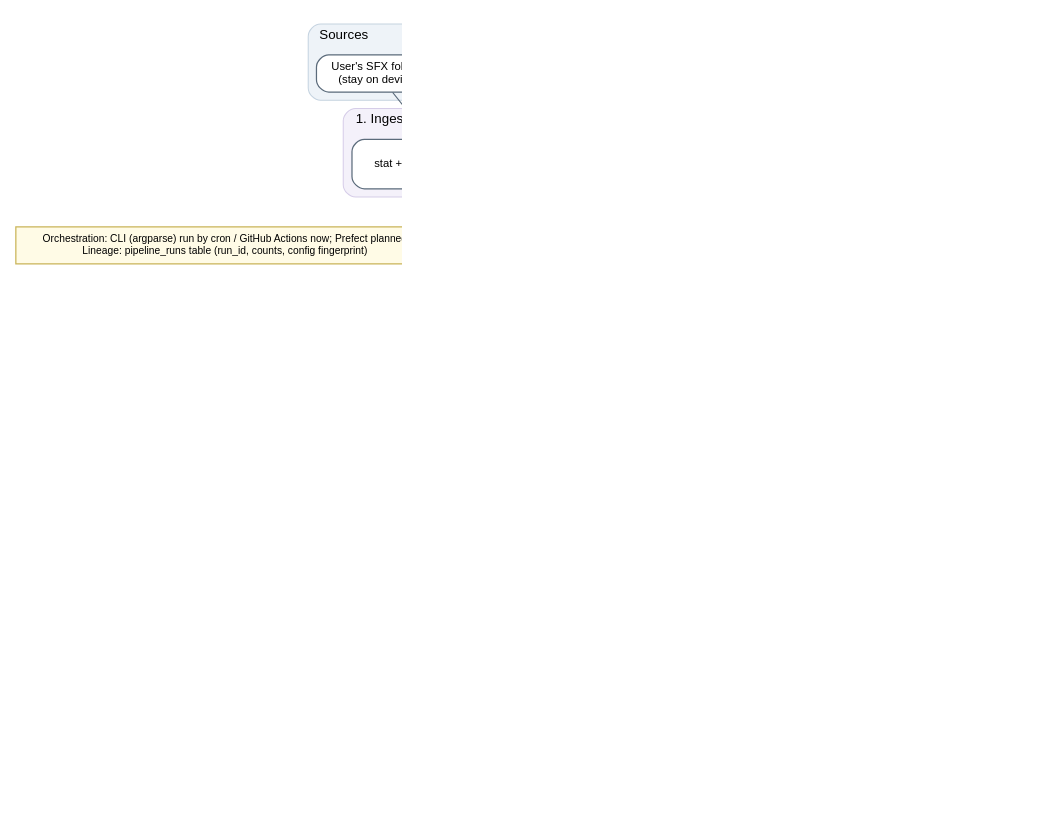
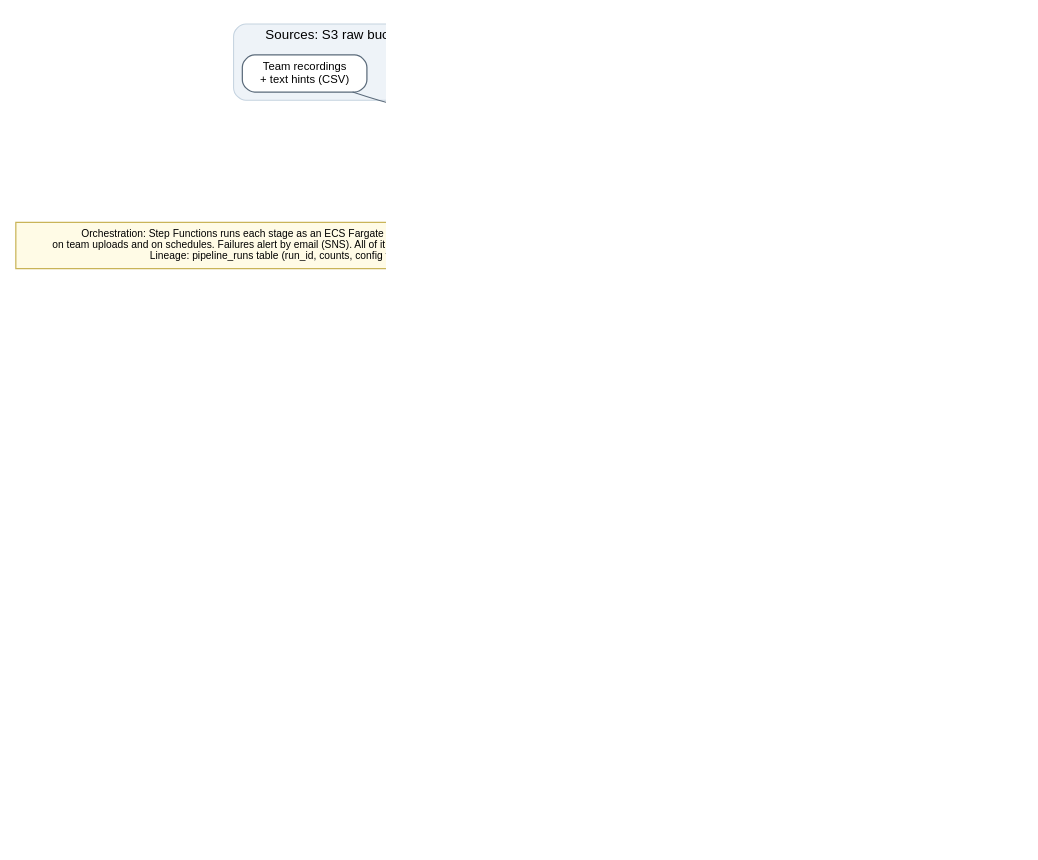
The diagram in pipeline/docs/diagrams/architecture.dot (TanayJyot/VocaLocate), drawn with Graphviz before and after one commit. The commit also changed 5 other files, not shown here.

First line of the commit message:
Docs: AWS deployment diagram, updated architecture figure and READMEs

```diff
--- a/pipeline/docs/diagrams/architecture.dot
+++ b/pipeline/docs/diagrams/architecture.dot
@@ -1,60 +1,60 @@
 digraph G {
   rankdir=TB; newrank=true; nodesep=0.3; ranksep=0.35; pad=0.2; dpi=200;
   graph [fontname="Helvetica", fontsize=13, labeljust=l];
   node  [fontname="Helvetica", fontsize=11, shape=box, style="rounded,filled", fillcolor="#ffffff", color="#5b6b7b", penwidth=1.2, margin="0.14,0.08"];
   edge  [fontname="Helvetica", fontsize=9, color="#5b6b7b", arrowsize=0.7];
 
   subgraph cluster_sources {
-    label="Sources"; style="rounded,filled"; fillcolor="#eef3f8"; color="#c5d3e0";
-    vim   [label="VimSketch\n12.5k imitations, 542 refs"];
+    label="Sources: S3 raw bucket (AWS), one folder per dataset"; style="rounded,filled"; fillcolor="#eef3f8"; color="#c5d3e0";
+    vim   [label="VimSketch / Vocal\nImitation Set"];
     qvim  [label="QVIM DEV set\n(held-out benchmark)"];
-    esc   [label="ESC-50 / FSD50K\n(stand-in library)"];
+    esc   [label="ESC-50, CAPTDURE\n(stand-in library, text test)"];
     team  [label="Team recordings\n+ text hints (CSV)"];
-    lib   [label="User's SFX folders\n(stay on device)"];
   }
+  lib   [label="User's SFX folders\n(stay on device;\nsame code runs locally)", fillcolor="#eef3f8", color="#c5d3e0"];
 
   subgraph cluster_ingest {
-    label="1. Ingest"; style="rounded,filled"; fillcolor="#f4f1fa"; color="#d6cde8";
+    label="1. Ingest (ECS Fargate task)"; style="rounded,filled"; fillcolor="#f4f1fa"; color="#d6cde8";
     ing [label="Dataset ingesters\nparse metadata, SHA-256 hash\nPython csv / pathlib"];
     scan [label="Library scanner\nstat + hash only new/changed\nPython pathlib"];
   }
 
-  bronze [label="Bronze\nraw files (read-only)\n+ raw_files manifest\nParquet (PyArrow)", fillcolor="#f3e3cf", color="#b08a5a"];
+  bronze [label="Bronze\nraw files (read-only)\n+ raw_files manifest\nParquet (PyArrow) on S3", fillcolor="#f3e3cf", color="#b08a5a"];
 
   subgraph cluster_clean {
-    label="2. Clean"; style="rounded,filled"; fillcolor="#f4f1fa"; color="#d6cde8";
+    label="2. Clean (same task)"; style="rounded,filled"; fillcolor="#f4f1fa"; color="#d6cde8";
     clean [label="decode → mono → 32 kHz\n→ trim silence → cap 20 s\n→ RMS -20 dBFS / peak -1 dBFS\nreject silent / short / corrupt\nflag clipped, dedupe by hash\nsoundfile, SciPy, NumPy"];
   }
 
-  silver [label="Silver\nclean WAV (32 kHz mono)\nclips, pairs, queries\nParquet", fillcolor="#e3e6ea", color="#7d8794"];
+  silver [label="Silver\nclean WAV (32 kHz mono)\nclips, pairs, queries\nParquet on S3", fillcolor="#e3e6ea", color="#7d8794"];
 
   subgraph cluster_transform {
-    label="3. Transform"; style="rounded,filled"; fillcolor="#f4f1fa"; color="#d6cde8";
+    label="3. Transform (same task)"; style="rounded,filled"; fillcolor="#f4f1fa"; color="#d6cde8";
     feat [label="log-mel (128 bands,\nQVIM baseline settings)\n+ 256-d summary vector\nNumPy"];
     split [label="train / val / test\ngrouped by reference sound\nseeded hash"];
   }
 
-  gold [label="Gold\nfeatures (.npy float16)\nfeatures, splits\nParquet", fillcolor="#f6e7a8", color="#b39a2e"];
+  gold [label="Gold\nfeatures (.npy float16)\nfeatures, splits\nParquet on S3", fillcolor="#f6e7a8", color="#b39a2e"];
 
-  wh [label="4. Load: Warehouse\nDuckDB\nv_training_pairs, v_triples,\nv_library_index, v_clip_quality", fillcolor="#d9ecdf", color="#4f8a63"];
+  wh [label="4. Load: Warehouse\nDuckDB file on S3 (rebuilt each run)\n+ Glue Data Catalog / Athena\nv_training_pairs, v_triples,\nv_library_index, v_clip_quality", fillcolor="#d9ecdf", color="#4f8a63"];
 
   subgraph cluster_use {
     label="Consumers"; style="rounded,filled"; fillcolor="#eef3f8"; color="#c5d3e0";
-    train [label="Fine-tuning\nMobileNetV3 (PyTorch)"];
+    train [label="Fine-tuning on Modal GPUs\nMobileNetV3 (PyTorch)\n→ S3 models bucket"];
     evalb [label="Evaluation\nMRR on QVIM DEV"];
     idx   [label="Search index\nFAISS (planned)"];
   }
 
-  orch [label="Orchestration: CLI (argparse) run by cron / GitHub Actions now; Prefect planned\nLineage: pipeline_runs table (run_id, counts, config fingerprint)", shape=note, fillcolor="#fffbe6", color="#c9b458", fontsize=10];
+  orch [label="Orchestration: Step Functions runs each stage as an ECS Fargate task; EventBridge starts it\non team uploads and on schedules. Failures alert by email (SNS). All of it is Terraform (infra/), dev + prod.\nLineage: pipeline_runs table (run_id, counts, config fingerprint)", shape=note, fillcolor="#fffbe6", color="#c9b458", fontsize=10];
 
   vim -> ing; qvim -> ing; esc -> ing; team -> ing;
   lib -> scan;
   ing -> bronze; scan -> bronze;
   bronze -> clean -> silver;
   silver -> feat; silver -> split;
   feat -> gold; split -> gold;
   gold -> wh; silver -> wh [style=dashed];
   wh -> train; wh -> evalb; wh -> idx;
   {rank=same; orch; bronze}
   orch -> bronze [style=invis];
 }
```
